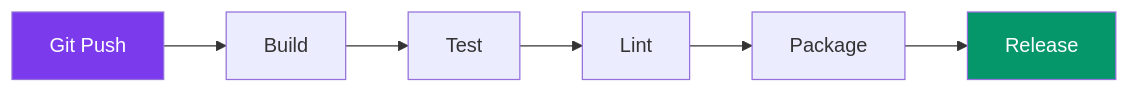
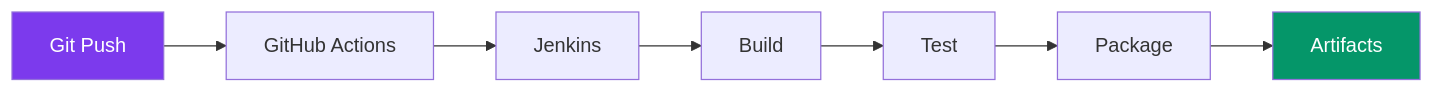
Before and after one commit to ChrisG-L/rtype: the first of 2 diagrams in docs/developpement/ci-cd.md, drawn with Mermaid. The commit also changed other lines of this file and 10 other files, not shown here.

````diff
--- a/docs/developpement/ci-cd.md
+++ b/docs/developpement/ci-cd.md
@@ -14,11 +14,12 @@
 ```mermaid
 flowchart LR
-    Push[Git Push] --> Build[Build]
+    Push[Git Push] --> GH[GitHub Actions]
+    GH --> Jenkins[Jenkins]
+    Jenkins --> Build[Build]
     Build --> Test[Test]
-    Test --> Lint[Lint]
-    Lint --> Package[Package]
-    Package --> Release[Release]
+    Test --> Package[Package]
+    Package --> Artifacts[Artifacts]
 
     style Push fill:#7c3aed,color:#fff
-    style Release fill:#059669,color:#fff
+    style Artifacts fill:#059669,color:#fff
 ```
````
